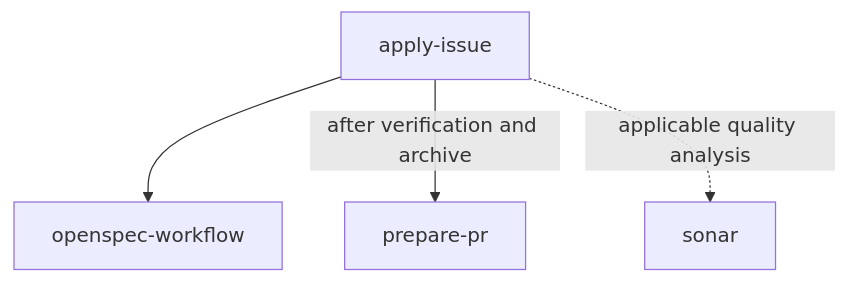
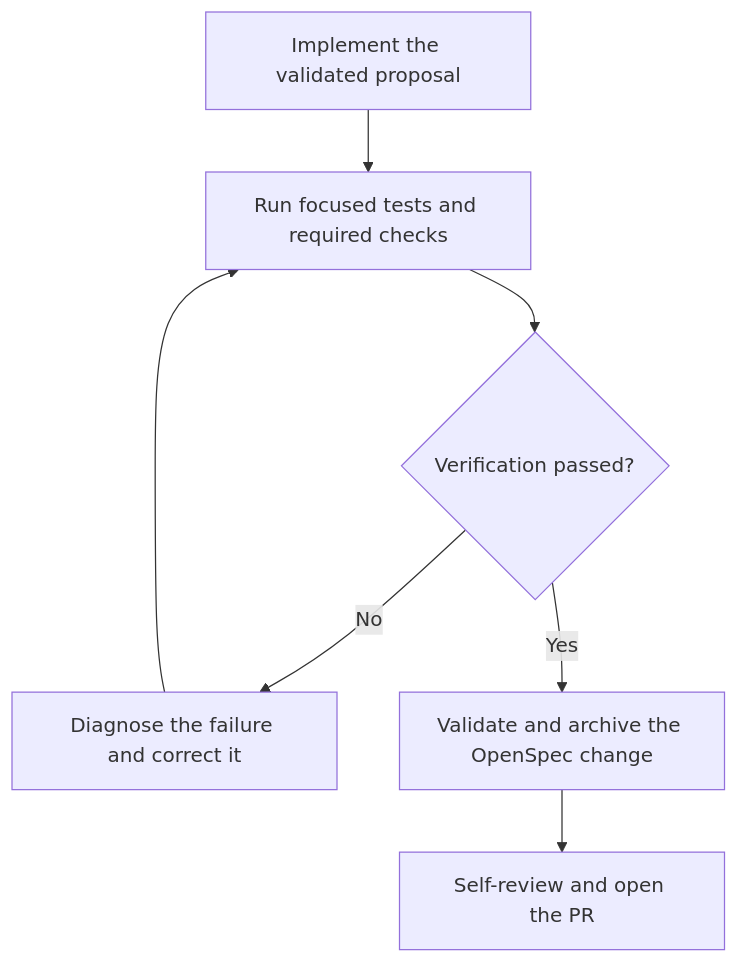
The third of 5 diagrams in README.md (rocker-code/my-ai-skills), drawn with Mermaid before and after one commit. The commit also changed other lines of this file, not shown here.

Commit message:
docs: make README workflow diagrams easier to scan

````diff
--- a/README.md
+++ b/README.md
@@ -63,6 +73,9 @@
 ```mermaid
 flowchart TD
-    AI["apply-issue"] --> OW["openspec-workflow"]
-    AI -->|after verification and archive| PP["prepare-pr"]
-    AI -.->|applicable quality analysis| S["sonar"]
+    A["Implement the validated proposal"] --> B["Run focused tests and required checks"]
+    B --> C{"Verification passed?"}
+    C -->|No| D["Diagnose the failure and correct it"]
+    D --> B
+    C -->|Yes| E["Validate and archive the OpenSpec change"]
+    E --> F["Self-review and open the PR"]
 ```
````
